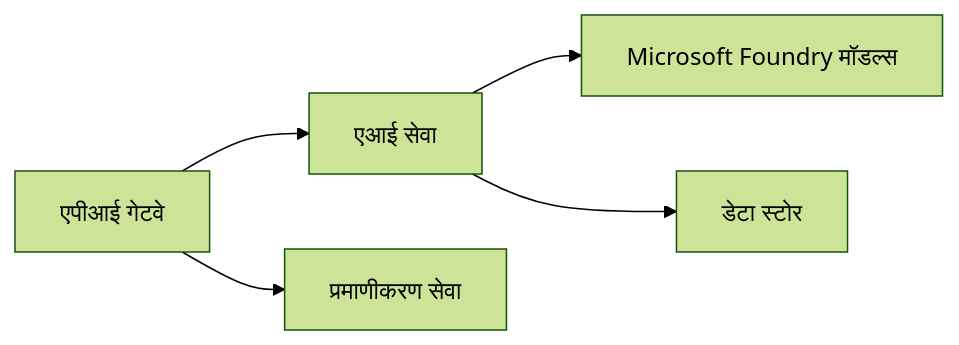
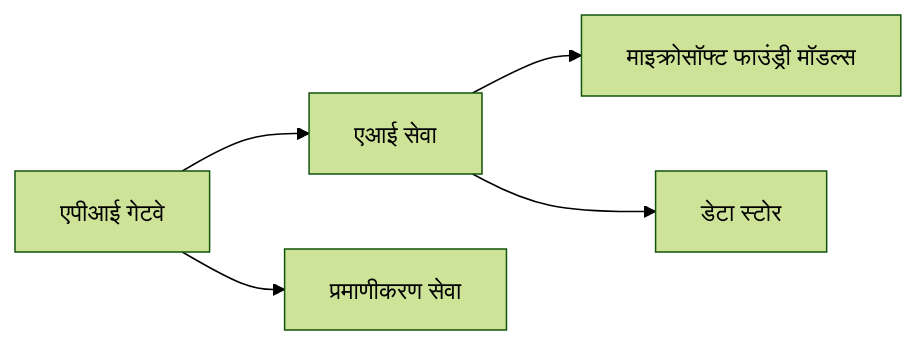
One commit to microsoft/AZD-for-beginners changed the first of 2 diagrams in translations/hi/docs/chapter-08-production/README.md. Above: the diagram before and after it, drawn with Mermaid (forest theme). The commit also changed other lines of this file and 60 other files, not shown here.

````diff
--- a/translations/hi/docs/chapter-08-production/README.md
+++ b/translations/hi/docs/chapter-08-production/README.md
@@ -48,6 +48,6 @@
 ```mermaid
 graph LR
-    Gateway[एपीआई गेटवे] --> AI[एआई सेवा] --> Models[Microsoft Foundry मॉडल्स]
+    Gateway[एपीआई गेटवे] --> AI[एआई सेवा] --> Models[माइक्रोसॉफ्ट फाउंड्री मॉडल्स]
     Gateway --> Auth[प्रमाणीकरण सेवा]
     AI --> Data[डेटा स्टोर]
 ```
````
